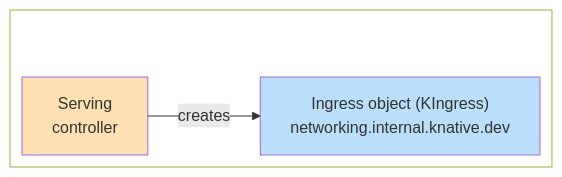
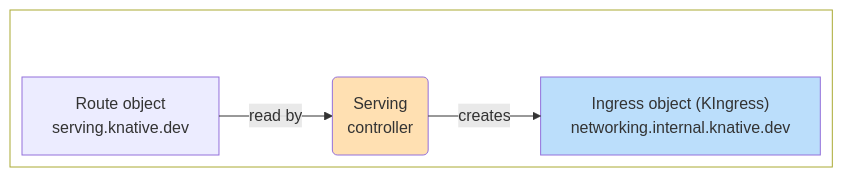
The first of 6 diagrams in docs/versioned/serving/config-network-adapters.md (knative/docs), drawn with Mermaid before and after one commit. The commit also changed other lines of this file and 2 other files, not shown here.

First line of the commit message:
Chart updates

````diff
--- a/docs/versioned/serving/config-network-adapters.md
+++ b/docs/versioned/serving/config-network-adapters.md
@@ -25,17 +16,20 @@
-    ```mermaid
-    ---
-    config:
-      layout: elk
-      theme: default
-    ---
-    flowchart LR
-      subgraph top[" "]
-        direction LR
-            kingress1["Ingress object (KIngress)<br>networking.internal.knative.dev"]
-            serving["Serving<br>controller"]
-      end
-        serving -- creates --> kingress1
-        style kingress1 fill:#BBDEFB,stroke-width:1px,stroke-dasharray: 0
-        style serving fill:#FFE0B2
-        style top fill:transparent
-    ```
+```mermaid
+---
+config:
+  layout: elk
+  theme: default
+---
+flowchart LR
+ subgraph top[" "]
+    direction LR
+        kingress1["Ingress object (KIngress)<br>networking.internal.knative.dev"]
+        serving("Serving<br>controller")
+        route["Route object<br>serving.knative.dev"]
+  end
+    route -- read by --> serving
+    serving -- creates --> kingress1
+
+    style kingress1 fill:#BBDEFB,stroke-width:1px,stroke-dasharray: 0
+    style serving fill:#FFE0B2
+    style top fill:transparent
+```
````
